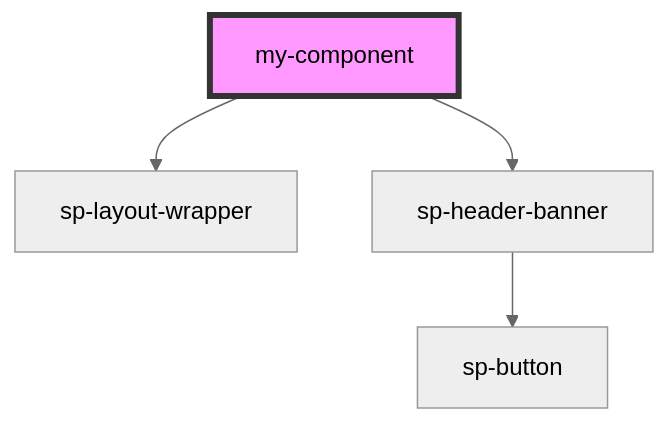
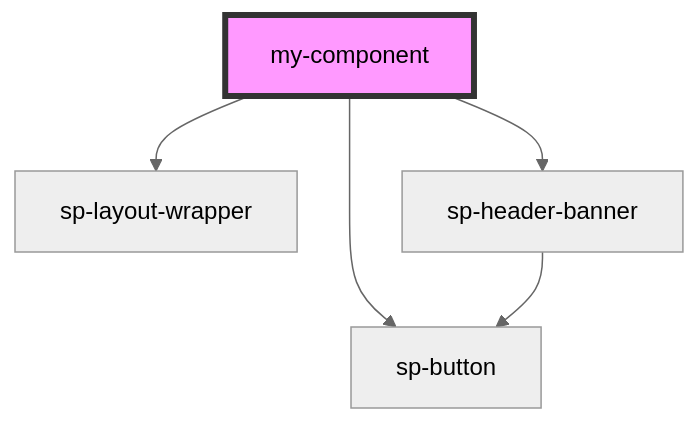
One commit to modernagestudio/spectrum-stencil changed the diagram in src/components/my-component/readme.md. Above: the diagram before and after it, drawn with Mermaid (neutral theme). The commit also changed other lines of this file and 8 other files, not shown here.

````diff
--- a/src/components/my-component/readme.md
+++ b/src/components/my-component/readme.md
@@ -16,7 +17,8 @@
 ```mermaid
 graph TD;
   my-component --> sp-layout-wrapper
   my-component --> sp-header-banner
+  my-component --> sp-button
   sp-header-banner --> sp-button
   style my-component fill:#f9f,stroke:#333,stroke-width:4px
 ```
````
